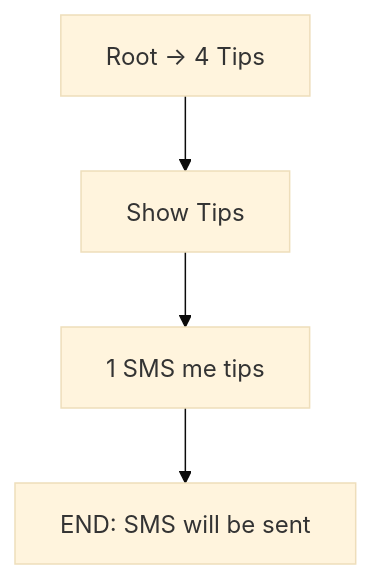
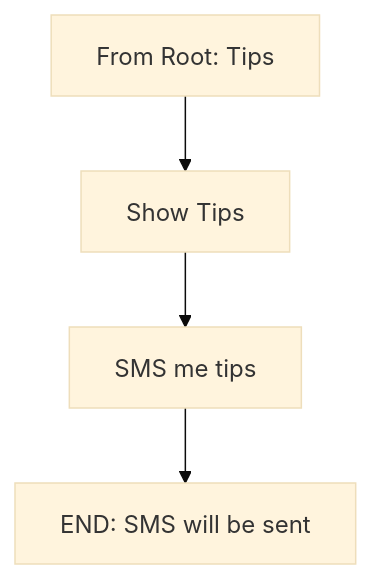
One commit to Vulimwa/hifadhi-ussd changed the seventh of 10 diagrams in USSD_SYSTEM_DIAGRAMS.md. Above: the diagram before and after it, drawn with Mermaid (base theme). The commit also changed other lines of this file, not shown here.

Commit message:
Fixed the erd rendering issues

````diff
--- a/USSD_SYSTEM_DIAGRAMS.md
+++ b/USSD_SYSTEM_DIAGRAMS.md
@@ -155,6 +150,6 @@
 ```mermaid
 flowchart TD
-    A[Root -> 4 Tips] --> B[Show Tips]
-    B --> C[1 SMS me tips]
+    A[From Root: Tips] --> B[Show Tips]
+    B --> C[SMS me tips]
     C --> D[END: SMS will be sent]
 ```
````
